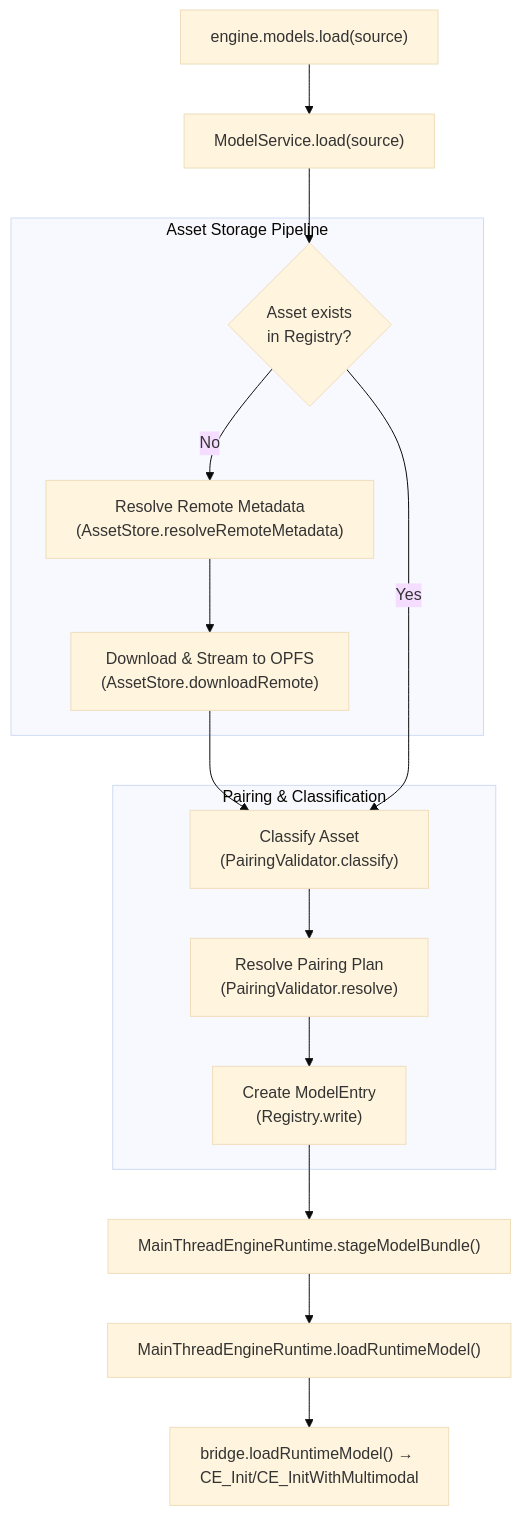
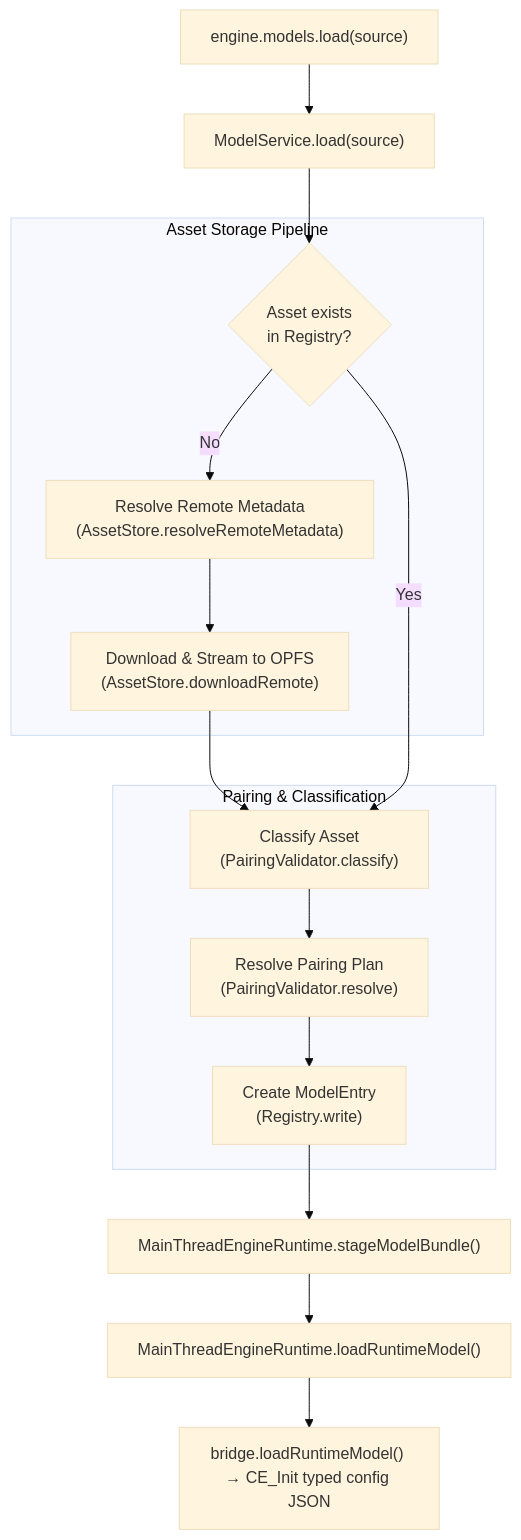
One commit to noumena-labs/Sipp changed the second of 6 diagrams in packages/cogentlm/docs/inference_system_design.md. Above: the diagram before and after it, drawn with Mermaid (base theme). The commit also changed other lines of this file and 159 other files, not shown here.

````diff
--- a/packages/cogentlm/docs/inference_system_design.md
+++ b/packages/cogentlm/docs/inference_system_design.md
@@ -92,31 +96,31 @@
 ```mermaid
 flowchart TD
     Load["engine.models.load(source)"]
 
     Load --> ServiceLoad["ModelService.load(source)"]
     
     subgraph StoragePipeline ["Asset Storage Pipeline"]
         Resolve["Resolve Remote Metadata<br/>(AssetStore.resolveRemoteMetadata)"]
         Download["Download & Stream to OPFS<br/>(AssetStore.downloadRemote)"]
         CacheHit{"Asset exists<br/>in Registry?"}
     end
 
     subgraph Preparation ["Pairing & Classification"]
         Classify["Classify Asset<br/>(PairingValidator.classify)"]
         Plan["Resolve Pairing Plan<br/>(PairingValidator.resolve)"]
         Upsert["Create ModelEntry<br/>(Registry.write)"]
     end
 
     ServiceLoad --> CacheHit
     CacheHit --> |No| Resolve
     Resolve --> Download
     Download --> Classify
     CacheHit --> |Yes| Classify
     
     Classify --> Plan
     Plan --> Upsert
     
     Upsert --> RunStage["MainThreadEngineRuntime.stageModelBundle()"]
     RunStage --> RunLoad["MainThreadEngineRuntime.loadRuntimeModel()"]
-    RunLoad --> CEInit["bridge.loadRuntimeModel() → CE_Init/CE_InitWithMultimodal"]
+    RunLoad --> CEInit["bridge.loadRuntimeModel() → CE_Init typed config JSON"]
 ```
````
